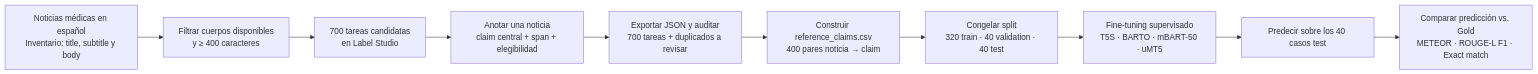
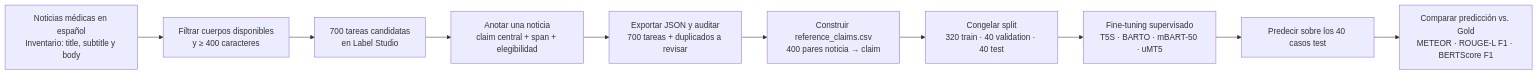
Before and after one commit to RenzoAL7/latam-medical-misinformation-classification: the diagram in README.md, drawn with Mermaid. The commit also changed other lines of this file and 7 other files, not shown here.

Commit message:
feat: replace exact match with BERTScore

````diff
--- a/README.md
+++ b/README.md
@@ -68,15 +68,15 @@
 ```mermaid
 flowchart LR
     A["Noticias médicas en español<br/>Inventario: title, subtitle y body"]
     B["Filtrar cuerpos disponibles<br/>y ≥ 400 caracteres"]
     C["700 tareas candidatas<br/>en Label Studio"]
     D["Anotar una noticia<br/>claim central + span + elegibilidad"]
     E["Exportar JSON y auditar<br/>700 tareas + duplicados a revisar"]
     F["Construir reference_claims.csv<br/>400 pares noticia → claim"]
     G["Congelar split<br/>320 train · 40 validation · 40 test"]
     H["Fine-tuning supervisado<br/>T5S · BARTO · mBART-50 · uMT5"]
     I["Predecir sobre los 40 casos test"]
-    J["Comparar predicción vs. Gold<br/>METEOR · ROUGE-L F1 · Exact match"]
+    J["Comparar predicción vs. Gold<br/>METEOR · ROUGE-L F1 · BERTScore F1"]
 
     A --> B --> C --> D --> E --> F --> G --> H --> I --> J
 ```
````
